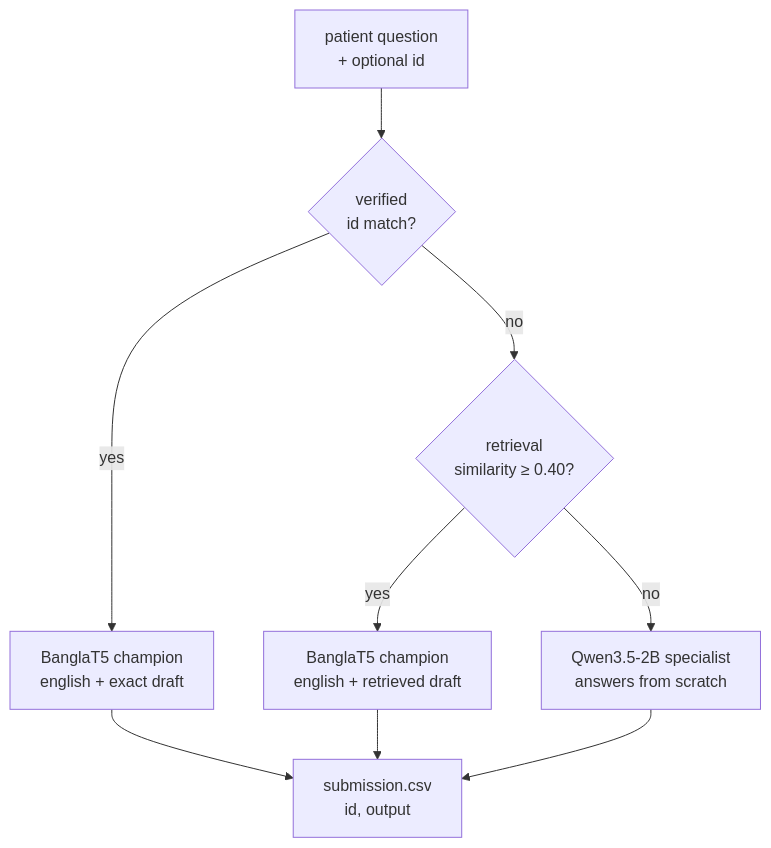
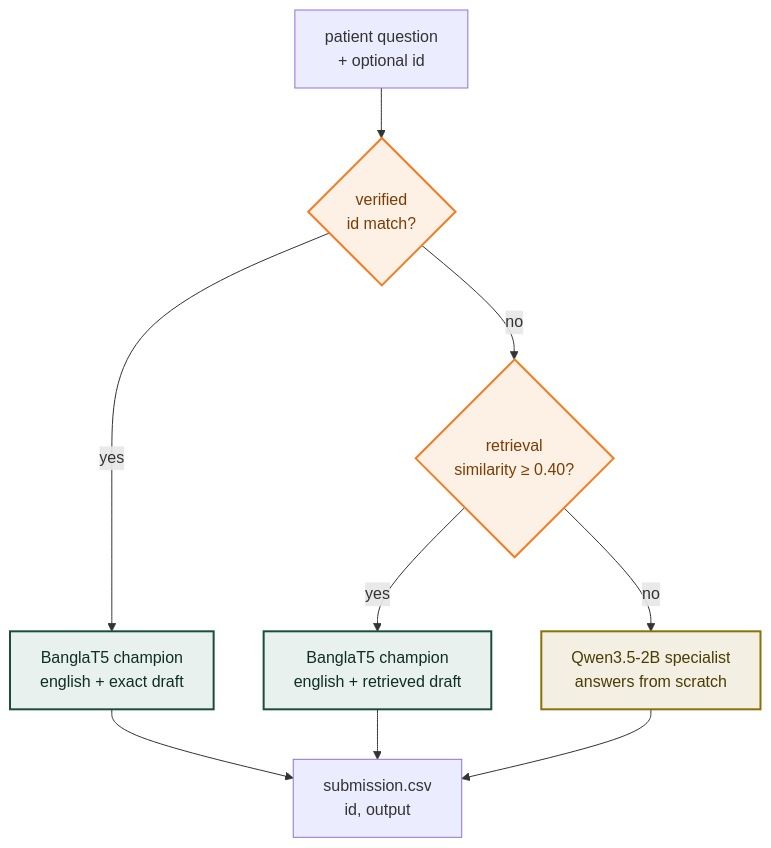
One commit to farhanishraq17/Nascenia---CutiePookieUrza changed the second of 2 diagrams in README.md. Above: the diagram before and after it, drawn with Mermaid. The commit also changed other lines of this file and 1 other file, not shown here.

````diff
--- a/README.md
+++ b/README.md
@@ -85,11 +137,18 @@
 ```mermaid
 flowchart TD
     Q["patient question<br/>+ optional id"] --> G1{"verified<br/>id match?"}
     G1 -->|yes| C1["BanglaT5 champion<br/>english + exact draft"]
     G1 -->|no| G2{"retrieval<br/>similarity ≥ 0.40?"}
     G2 -->|yes| C2["BanglaT5 champion<br/>english + retrieved draft"]
     G2 -->|no| S["Qwen3.5-2B specialist<br/>answers from scratch"]
     C1 --> O["submission.csv<br/>id, output"]
     C2 --> O
     S --> O
+
+    classDef gate fill:#FDF0E4,stroke:#F47B20,stroke-width:2px,color:#7A3D06
+    classDef champ fill:#E8F1EE,stroke:#1B4D3E,stroke-width:2px,color:#0F2F26
+    classDef spec fill:#F3EFE2,stroke:#8A7208,stroke-width:2px,color:#4A3D04
+    class G1,G2 gate
+    class C1,C2 champ
+    class S spec
 ```
````
